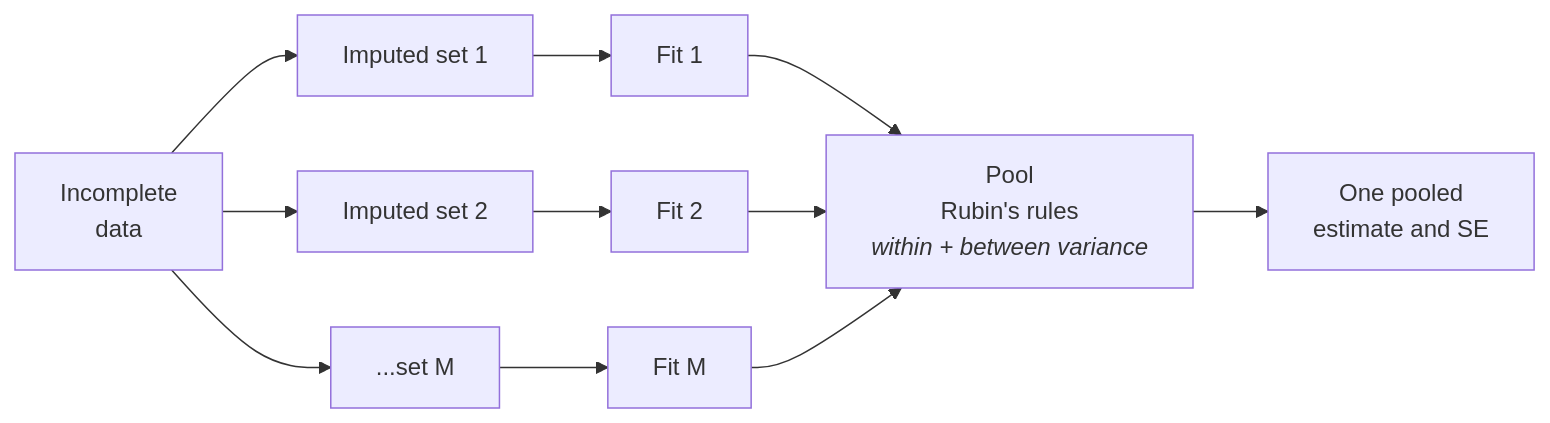
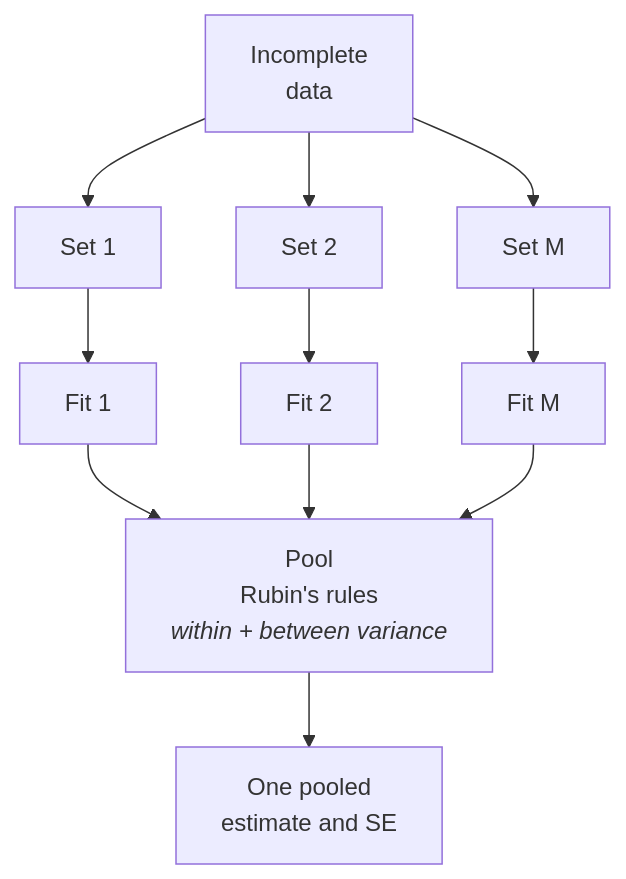
Before and after one commit to rgt47/practicum: the diagram in 17-missing.qmd, drawn with Mermaid. The commit also changed 7 other files, not shown here.

````diff
--- a/17-missing.qmd
+++ b/17-missing.qmd
@@ -314,17 +314,17 @@
 ```{mermaid}
 %%| label: fig-mi-steps
 %%| fig-cap: "The three steps of multiple imputation. The between-dataset
 %%|   variation recovered at the pooling step is the uncertainty that
 %%|   single imputation throws away."
-flowchart LR
-  D["Incomplete<br/>data"] --> I1["Imputed set 1"]
-  D --> I2["Imputed set 2"]
-  D --> Id["...set M"]
-  I1 --> A1["Fit 1"]
-  I2 --> A2["Fit 2"]
-  Id --> Ad["Fit M"]
-  A1 --> P["Pool<br/>Rubin's rules<br/><i>within + between variance</i>"]
-  A2 --> P
-  Ad --> P
+flowchart TD
+  D["Incomplete<br/>data"] --> S1["Set 1"]
+  D --> S2["Set 2"]
+  D --> Sm["Set M"]
+  S1 --> F1["Fit 1"]
+  S2 --> F2["Fit 2"]
+  Sm --> Fm["Fit M"]
+  F1 --> P["Pool<br/>Rubin's rules<br/><i>within + between variance</i>"]
+  F2 --> P
+  Fm --> P
   P --> R["One pooled<br/>estimate and SE"]
 ```
````
